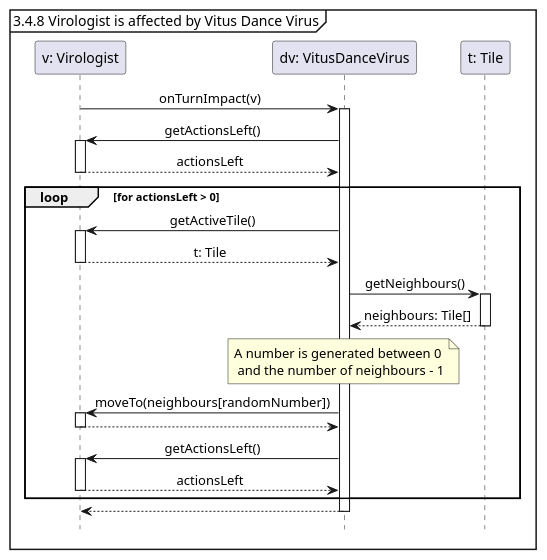
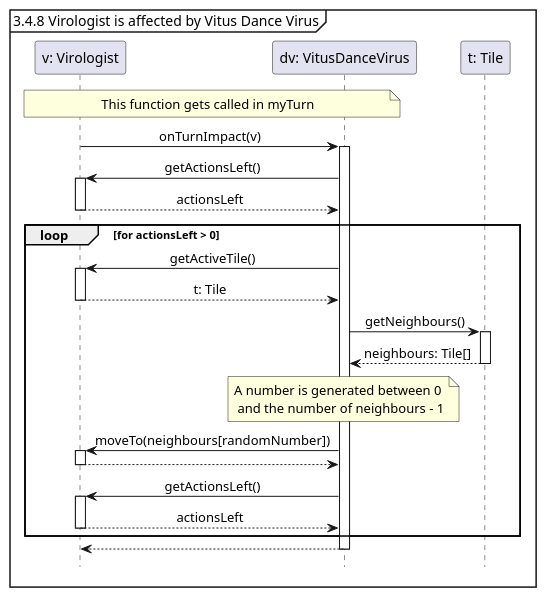
Before and after one commit to Tschonti/503-service-unavailable: the diagram in docs/seqDiagrams/07vitusDanceVirusOnTurnImpact.puml, drawn with PlantUML. The commit also changed 10 other files, not shown here.

```diff
--- a/docs/seqDiagrams/07vitusDanceVirusOnTurnImpact.puml
+++ b/docs/seqDiagrams/07vitusDanceVirusOnTurnImpact.puml
@@ -1,28 +1,28 @@
 @startuml
 'https://plantuml.com/sequence-diagram
-
 hide footbox
 skinparam sequenceMessageAlign center
 
 mainframe 3.4.8 Virologist is affected by Vitus Dance Virus
 
 participant "v: Virologist" as v
 participant "dv: VitusDanceVirus" as dv
 participant "t: Tile" as t
 
+note over v, dv : This function gets called in myTurn
 v -> dv ++: onTurnImpact(v)
     dv -> v ++: getActionsLeft()
     return actionsLeft
     loop for actionsLeft > 0
         dv -> v ++: getActiveTile()
         return t: Tile
         dv -> t ++: getNeighbours()
         return neighbours: Tile[]
         note over dv: A number is generated between 0\n and the number of neighbours - 1
         dv -> v ++: moveTo(neighbours[randomNumber])
         return
         dv -> v ++: getActionsLeft()
         return actionsLeft
     end
 return
 @enduml
```
